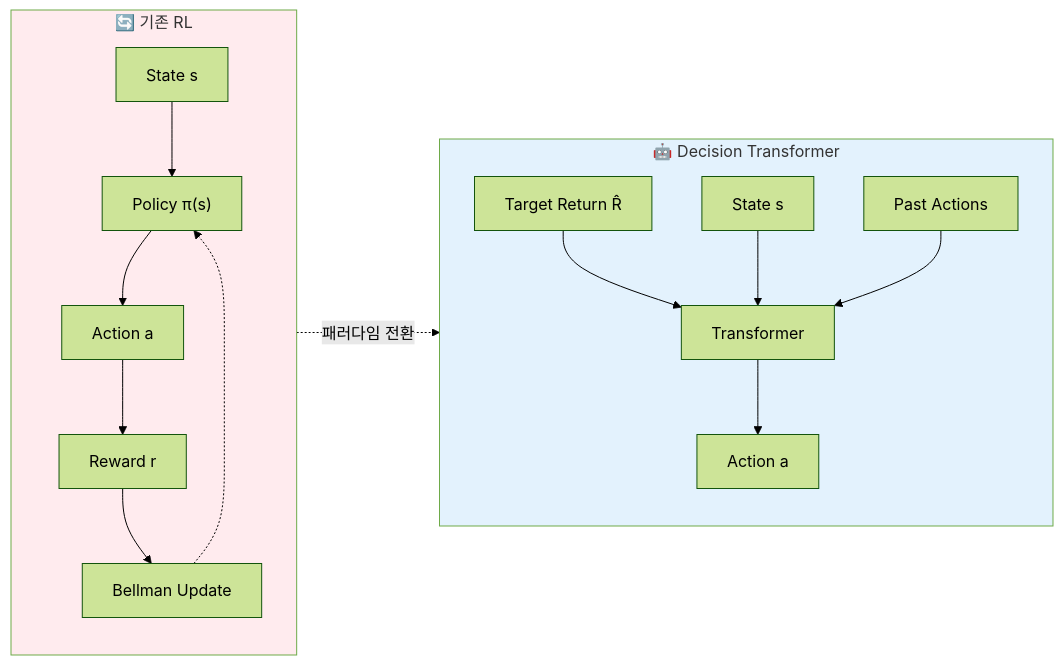
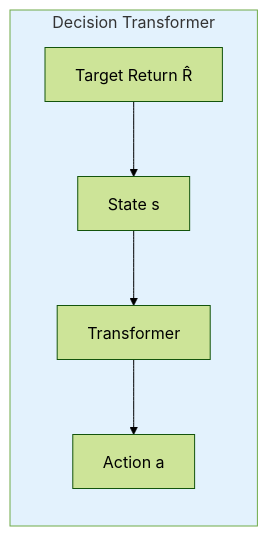
Before and after one commit to ggeutzzang/decision-transformer: the first of 2 diagrams in CLAUDE.md, drawn with Mermaid (forest theme). The commit also changed other lines of this file and 1 other file, not shown here.

````diff
--- a/CLAUDE.md
+++ b/CLAUDE.md
@@ -9,24 +9,10 @@
 ```mermaid
 flowchart LR
-    subgraph Traditional["🔄 기존 RL"]
-        direction TB
-        T1["State s"] --> T2["Policy π(s)"]
-        T2 --> T3["Action a"]
-        T3 --> T4["Reward r"]
-        T4 --> T5["Bellman Update"]
-        T5 -.-> T2
+    subgraph DT["Decision Transformer"]
+        R["Target Return R̂"] --> S["State s"]
+        S --> T["Transformer"]
+        T --> A["Action a"]
     end
 
-    subgraph DT["🤖 Decision Transformer"]
-        direction TB
-        D1["Target Return R̂"] --> D4
-        D2["State s"] --> D4["Transformer"]
-        D3["Past Actions"] --> D4
-        D4 --> D5["Action a"]
-    end
-
-    Traditional -.->|"패러다임 전환"| DT
-
-    style Traditional fill:#ffebee
     style DT fill:#e3f2fd
 ```
````
